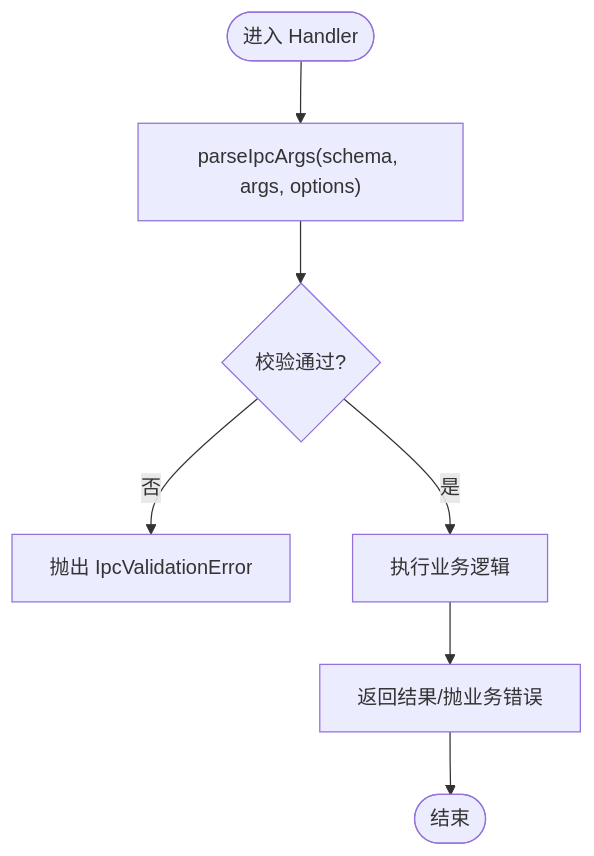
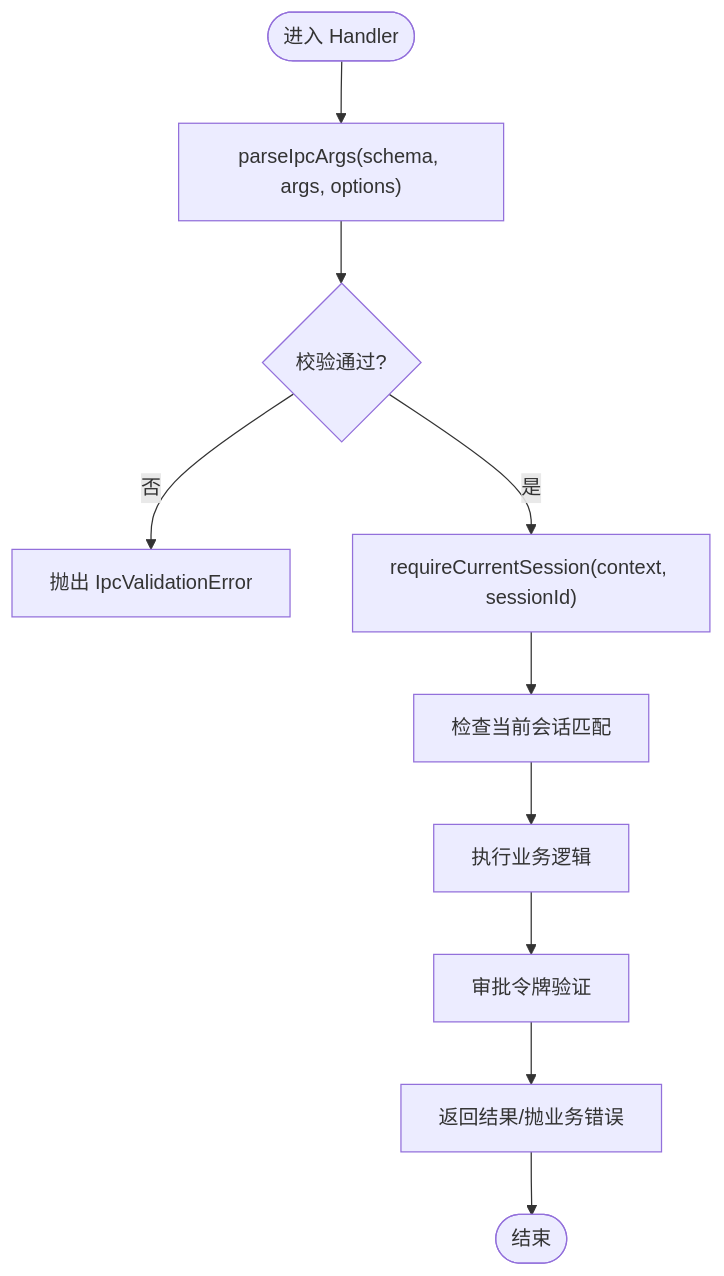
The seventh of 9 diagrams in .qoder/repowiki/zh/content/架构设计/渲染器架构/IPC 通信.md (haolange/RDC-Agent), drawn with Mermaid before and after one commit. The commit also changed other lines of this file and 208 other files, not shown here.

````diff
--- a/.qoder/repowiki/zh/content/架构设计/渲染器架构/IPC 通信.md
+++ b/.qoder/repowiki/zh/content/架构设计/渲染器架构/IPC 通信.md
@@ -264,9 +308,12 @@
 ```mermaid
 flowchart TD
 S(["进入 Handler"]) --> V["parseIpcArgs(schema, args, options)"]
 V --> OK{"校验通过?"}
 OK -- 否 --> E1["抛出 IpcValidationError"]
-OK -- 是 --> P["执行业务逻辑"]
-P --> R["返回结果/抛业务错误"]
+OK -- 是 --> S2["requireCurrentSession(context, sessionId)"]
+S2 --> A2["检查当前会话匹配"]
+A2 --> P["执行业务逻辑"]
+P --> T2["审批令牌验证"]
+T2 --> R["返回结果/抛业务错误"]
 R --> End(["结束"])
 ```
````
